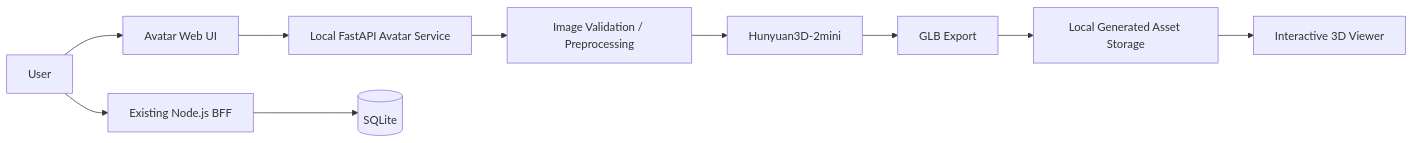
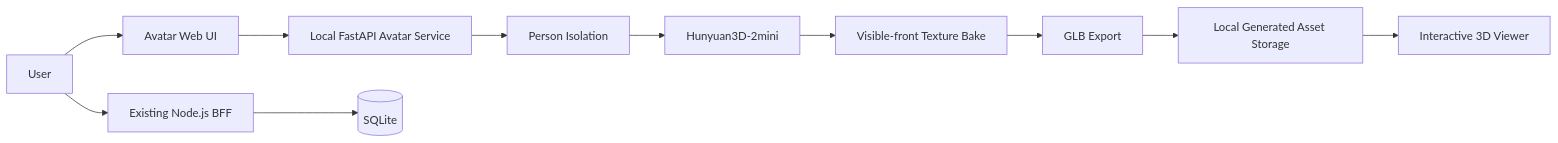
One commit to BAITC-Hacks/hack-629b990b-bilge changed the diagram in README.md. Above: the diagram before and after it, drawn with Mermaid. The commit also changed other lines of this file and 4 other files, not shown here.

````diff
--- a/README.md
+++ b/README.md
@@ -94,12 +101,13 @@
 ```mermaid
 flowchart LR
     U[User] --> UI[Avatar Web UI]
     UI --> API[Local FastAPI Avatar Service]
-    API --> P[Image Validation / Preprocessing]
+    API --> P[Person Isolation]
     P --> H[Hunyuan3D-2mini]
-    H --> G[GLB Export]
+    H --> T[Visible-front Texture Bake]
+    T --> G[GLB Export]
     G --> S[Local Generated Asset Storage]
     S --> V[Interactive 3D Viewer]
     U --> BFF[Existing Node.js BFF]
     BFF --> DB[(SQLite)]
 ```
````
